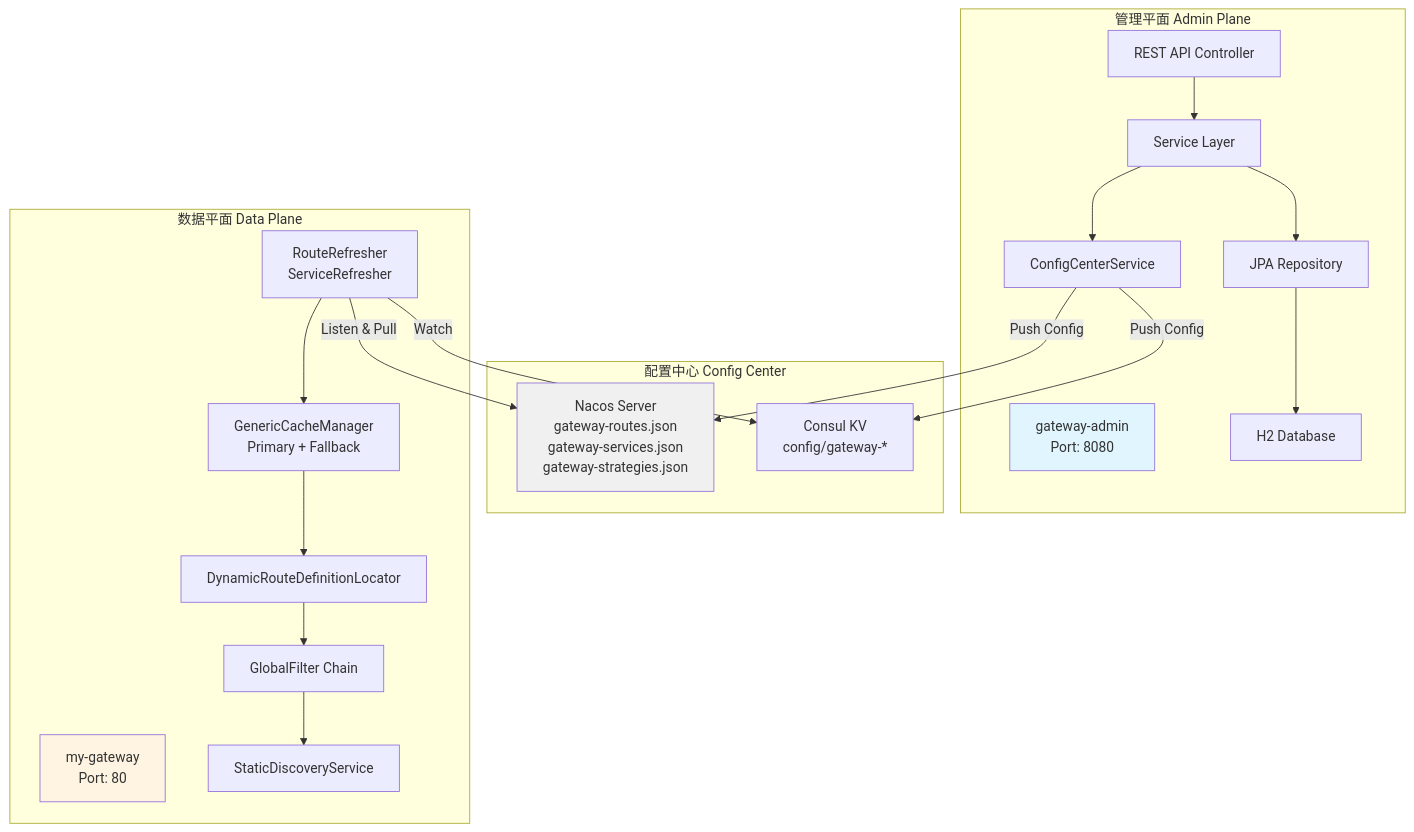
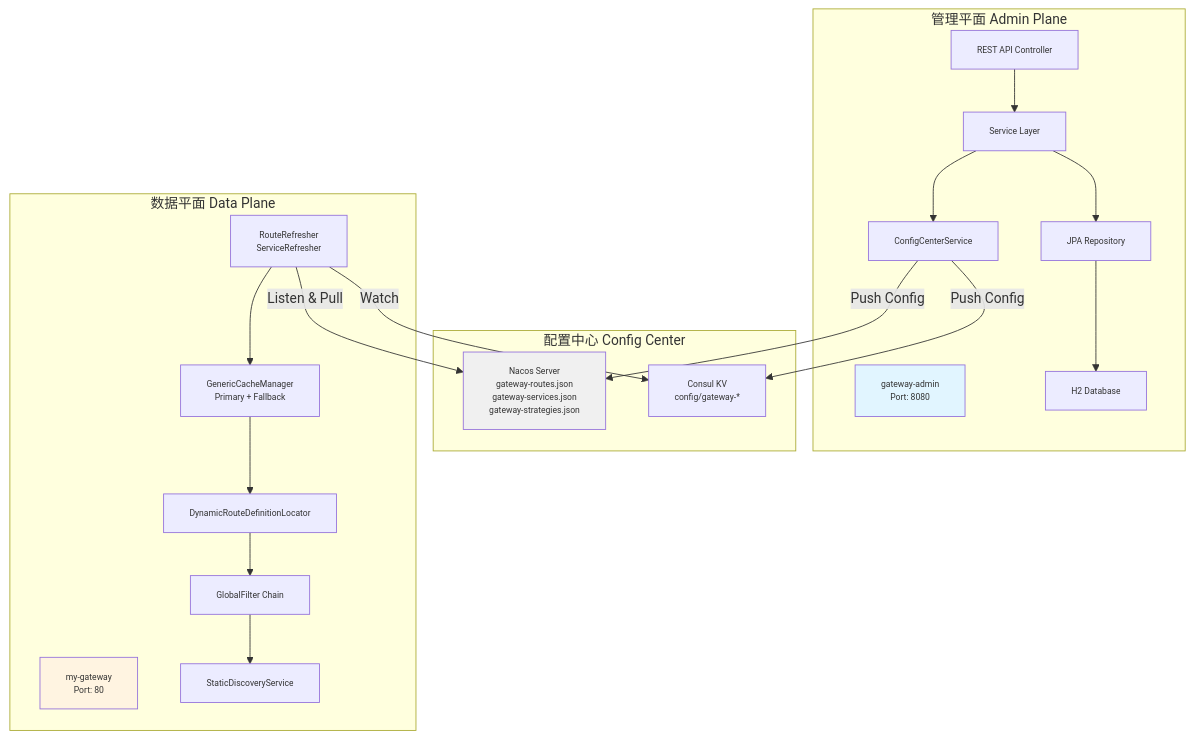
The first of 12 diagrams in blog-scg-gateway-introduction.md (leoli5695/scg-dynamic-admin-demo), drawn with Mermaid before and after one commit.

Commit message:
docs(blog): Use CSS classDef with smaller font to fix Mermaid text truncation
- Add classDef smallFont with font-size:10px for all nodes
- Restore <br/> for line breaks (works better than \\n in some renderers)
- Apply :::smallFont to every node to prevent text truncation
- Ensure DynamicRouteDefinitionLocator and other long names display fully

````diff
--- a/blog-scg-gateway-introduction.md
+++ b/blog-scg-gateway-introduction.md
@@ -65,44 +65,47 @@
 ```mermaid
 graph TB
+    %% 定义样式类，使用更小字体避免截断
+    classDef smallFont font-size:10px;
+    
     subgraph "管理平面 Admin Plane"
-        A1["gateway-admin\nPort: 8080"]
-        A2["REST API Controller"]
-        A3["Service Layer"]
-        A4["JPA Repository"]
-        A5["H2 Database"]
-        A6["ConfigCenterService"]
+        A1["gateway-admin<br/>Port: 8080"]:::smallFont
+        A2["REST API Controller"]:::smallFont
+        A3["Service Layer"]:::smallFont
+        A4["JPA Repository"]:::smallFont
+        A5["H2 Database"]:::smallFont
+        A6["ConfigCenterService"]:::smallFont
         
         A2 --> A3
         A3 --> A4
         A4 --> A5
         A3 --> A6
     end
     
     subgraph "配置中心 Config Center"
-        B1["Nacos Server\ngateway-routes.json\ngateway-services.json\ngateway-strategies.json"]
-        B2["Consul KV\nconfig/gateway-*"]
+        B1["Nacos Server<br/>gateway-routes.json<br/>gateway-services.json<br/>gateway-strategies.json"]:::smallFont
+        B2["Consul KV<br/>config/gateway-*"]:::smallFont
     end
     
     subgraph "数据平面 Data Plane"
-        C1["my-gateway\nPort: 80"]
-        C2["RouteRefresher\nServiceRefresher"]
-        C3["GenericCacheManager\nPrimary + Fallback"]
-        C4["DynamicRouteDefinitionLocator"]
-        C5["GlobalFilter Chain"]
-        C6["StaticDiscoveryService"]
+        C1["my-gateway<br/>Port: 80"]:::smallFont
+        C2["RouteRefresher<br/>ServiceRefresher"]:::smallFont
+        C3["GenericCacheManager<br/>Primary + Fallback"]:::smallFont
+        C4["DynamicRouteDefinitionLocator"]:::smallFont
+        C5["GlobalFilter Chain"]:::smallFont
+        C6["StaticDiscoveryService"]:::smallFont
         
         C2 --> C3
         C3 --> C4
         C4 --> C5
         C5 --> C6
     end
     
     A6 -->|Push Config| B1
     A6 -->|Push Config| B2
     C2 -->|Listen & Pull| B1
     C2 -->|Watch| B2
     
     style A1 fill:#e1f5ff
     style C1 fill:#fff4e1
     style B1 fill:#f0f0f0
 ```
````
